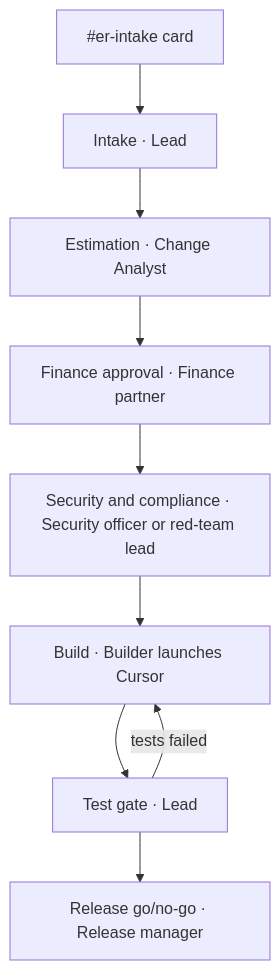
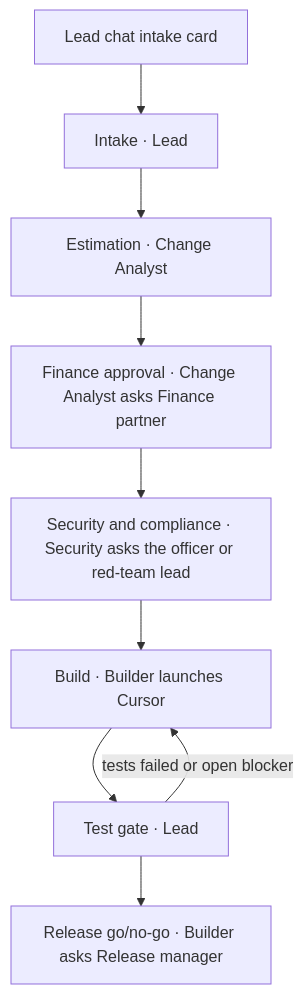
Before and after one commit to vishamathur/mvp-releasedesk: the first of 2 diagrams in docs/sdlc/overview.md, drawn with Mermaid. The commit also changed other lines of this file and 85 other files, not shown here.

````diff
--- a/docs/sdlc/overview.md
+++ b/docs/sdlc/overview.md
@@ -18,11 +19,11 @@
 ```mermaid
 flowchart TD
-  intakeCard["#er-intake card"] --> intake["Intake · Lead"]
+  intakeCard["Lead chat intake card"] --> intake["Intake · Lead"]
   intake --> estimate["Estimation · Change Analyst"]
-  estimate --> finance["Finance approval · Finance partner"]
-  finance --> security["Security and compliance · Security officer or red-team lead"]
+  estimate --> finance["Finance approval · Change Analyst asks Finance partner"]
+  finance --> security["Security and compliance · Security asks the officer or red-team lead"]
   security --> build["Build · Builder launches Cursor"]
   build --> testGate["Test gate · Lead"]
-  testGate --> release["Release go/no-go · Release manager"]
-  testGate -->|tests failed| build
+  testGate --> release["Release go/no-go · Builder asks Release manager"]
+  testGate -->|tests failed or open blocker| build
 ```
````
